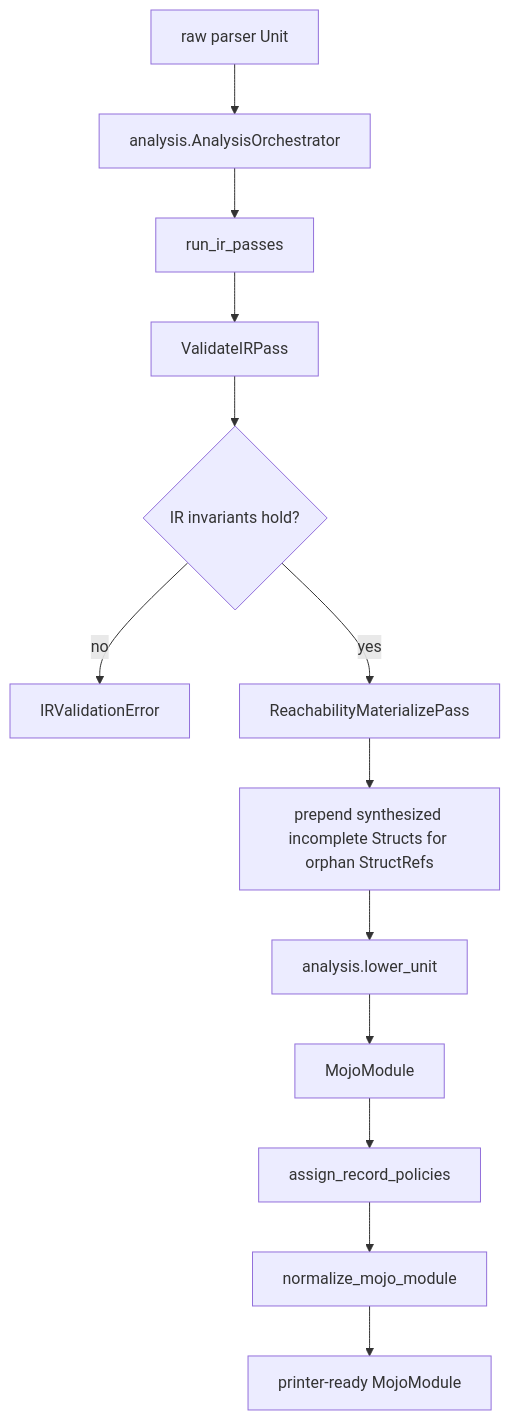
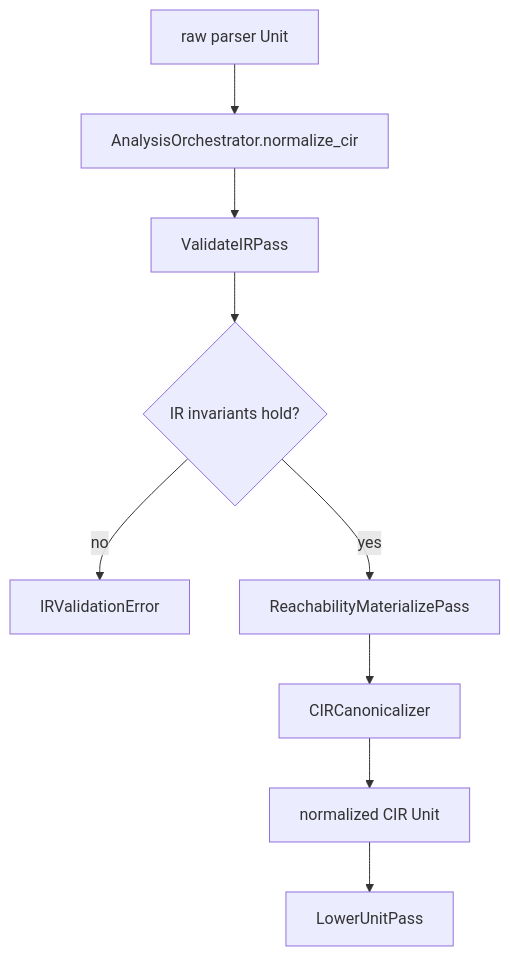
One commit to MoSafi2/mojo_bindgen changed the diagram in docs/cir_passes_pipeline.md. Above: the diagram before and after it, drawn with Mermaid. The commit also changed other lines of this file and 5 other files, not shown here.

````diff
--- a/docs/cir_passes_pipeline.md
+++ b/docs/cir_passes_pipeline.md
@@ -8,15 +8,11 @@
 ```mermaid
 flowchart TD
-    A[raw parser Unit] --> B[analysis.AnalysisOrchestrator]
-    B --> C[run_ir_passes]
-    C --> D[ValidateIRPass]
-    D --> E{IR invariants hold?}
-    E -->|no| F[IRValidationError]
-    E -->|yes| G[ReachabilityMaterializePass]
-    G --> H[prepend synthesized incomplete Structs for orphan StructRefs]
-    H --> I[analysis.lower_unit]
-    I --> J[MojoModule]
-    J --> K[assign_record_policies]
-    K --> L[normalize_mojo_module]
-    L --> M[printer-ready MojoModule]
+    A[raw parser Unit] --> B[AnalysisOrchestrator.normalize_cir]
+    B --> C[ValidateIRPass]
+    C --> D{IR invariants hold?}
+    D -->|no| E[IRValidationError]
+    D -->|yes| F[ReachabilityMaterializePass]
+    F --> G[CIRCanonicalizer]
+    G --> H[normalized CIR Unit]
+    H --> I[LowerUnitPass]
 ```
````
